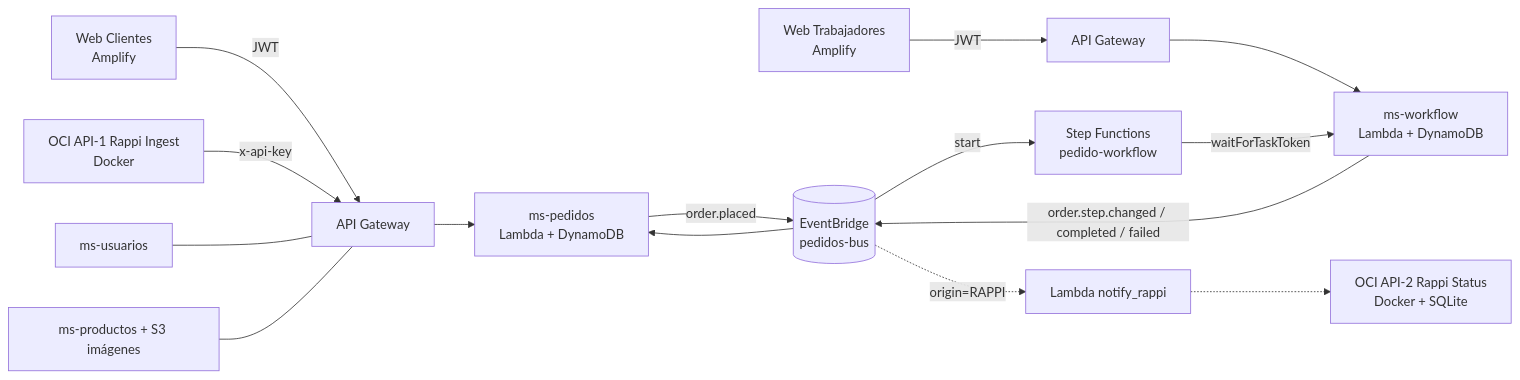
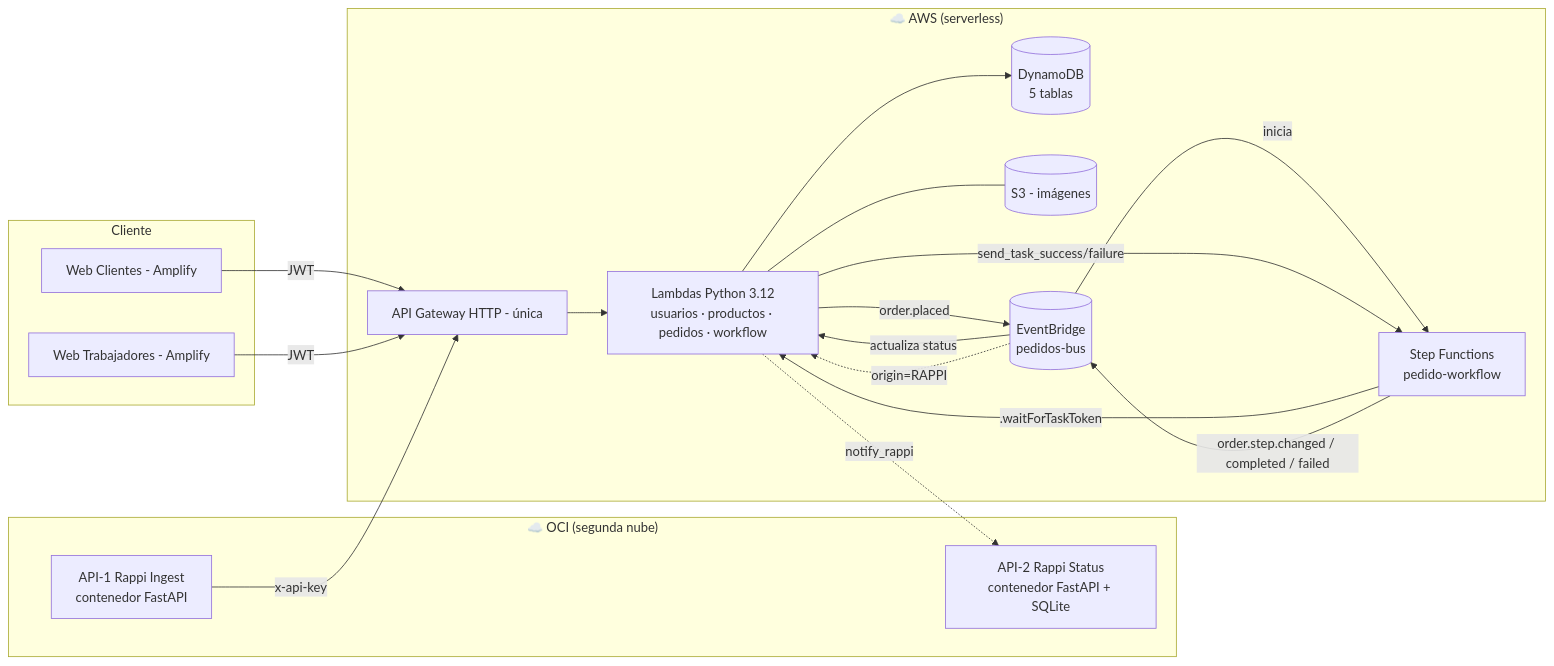
Before and after one commit to oswaldoaqm/pruebascloud: the diagram in README.md, drawn with Mermaid. The commit also changed other lines of this file and 1 other file, not shown here.

````diff
--- a/README.md
+++ b/README.md
@@ -6,16 +68,34 @@
 ```mermaid
 flowchart LR
-  C[Web Clientes\nAmplify] -->|JWT| AG1[API Gateway]
-  T[Web Trabajadores\nAmplify] -->|JWT| AG2[API Gateway]
-  R[OCI API-1 Rappi Ingest\nDocker] -->|x-api-key| AG1
-  AG1 --> P[ms-pedidos\nLambda + DynamoDB]
-  AG2 --> W[ms-workflow\nLambda + DynamoDB]
-  P -->|order.placed| EB[(EventBridge\npedidos-bus)]
-  EB -->|start| SF[Step Functions\npedido-workflow]
-  SF -->|waitForTaskToken| W
-  W -->|order.step.changed / completed / failed| EB
-  EB --> P
-  EB -.->|origin=RAPPI| NR[Lambda notify_rappi] -.-> R2[OCI API-2 Rappi Status\nDocker + SQLite]
-  U[ms-usuarios] --- AG1
-  PR[ms-productos + S3 imágenes] --- AG1
+  subgraph Cliente
+    C[Web Clientes - Amplify]
+    T[Web Trabajadores - Amplify]
+  end
+  subgraph OCI["☁️ OCI (segunda nube)"]
+    R1[API-1 Rappi Ingest<br/>contenedor FastAPI]
+    R2[API-2 Rappi Status<br/>contenedor FastAPI + SQLite]
+  end
+  subgraph AWS["☁️ AWS (serverless)"]
+    AG[API Gateway HTTP - única]
+    L[Lambdas Python 3.12<br/>usuarios · productos · pedidos · workflow]
+    DB[(DynamoDB<br/>5 tablas)]
+    S3[(S3 - imágenes)]
+    EB[(EventBridge<br/>pedidos-bus)]
+    SF[Step Functions<br/>pedido-workflow]
+  end
+
+  C -->|JWT| AG
+  T -->|JWT| AG
+  R1 -->|x-api-key| AG
+  AG --> L
+  L --> DB
+  L --- S3
+  L -->|order.placed| EB
+  EB -->|inicia| SF
+  SF -->|.waitForTaskToken| L
+  L -->|send_task_success/failure| SF
+  SF -->|order.step.changed / completed / failed| EB
+  EB -->|actualiza status| L
+  EB -.->|origin=RAPPI| L
+  L -.->|notify_rappi| R2
 ```
````
